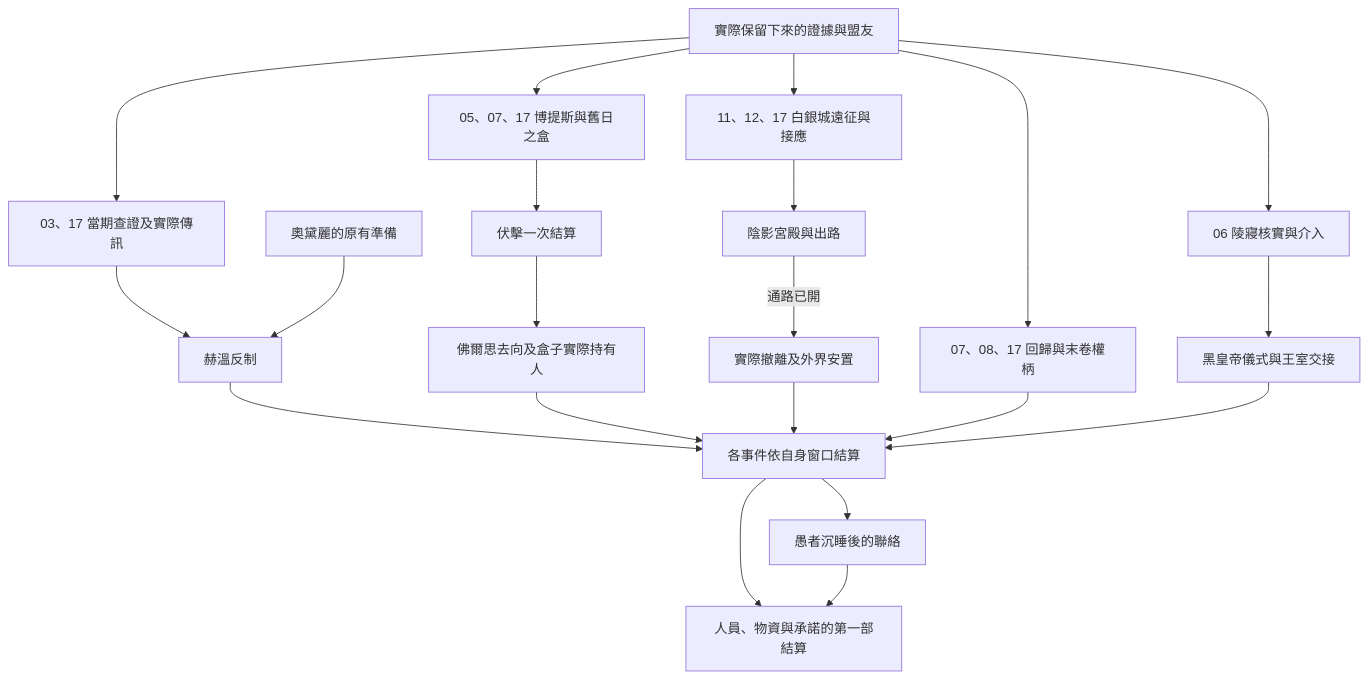
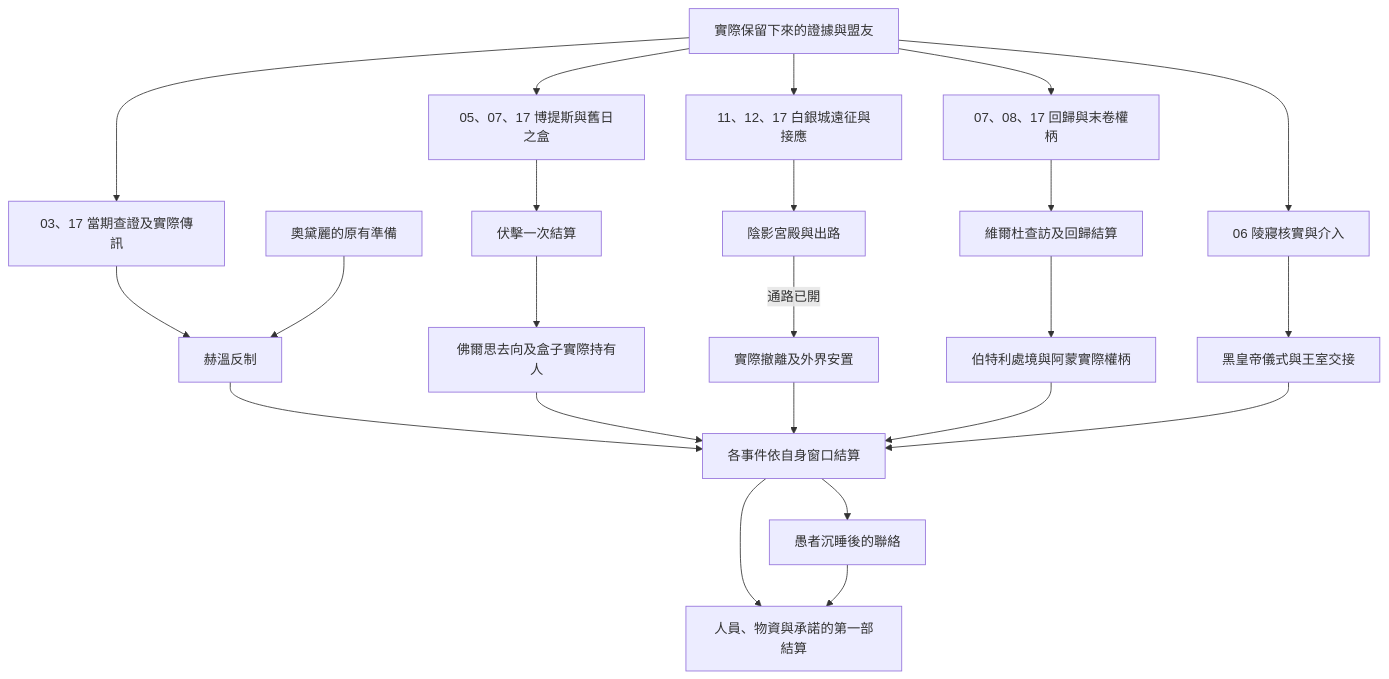
The sixth of 7 diagrams in game/events/part_one_story_tree.md (dragon961204-cmd/-), drawn with Mermaid before and after one commit. The commit also changed other lines of this file, not shown here.

Commit message:
第二十六批伯特利回歸與阿蒙介入 part_one_story_tree.md

````diff
--- a/game/events/part_one_story_tree.md
+++ b/game/events/part_one_story_tree.md
@@ -136,23 +136,25 @@
 ```mermaid
 flowchart TD
     A["實際保留下來的證據與盟友"] --> L["03、17 當期查證及實際傳訊"]
     L --> B["赫溫反制"]
     M["奧黛麗的原有準備"] --> B
     A --> C["05、07、17 博提斯與舊日之盒"]
     A --> D["11、12、17 白銀城遠征與接應"]
     A --> E["07、08、17 回歸與末卷權柄"]
+    E --> R["維爾杜查訪及回歸結算"]
+    R --> S["伯特利處境與阿蒙實際權柄"]
     B --> F["各事件依自身窗口結算"]
     C --> N["伏擊一次結算"]
     N --> O["佛爾思去向及盒子實際持有人"]
     O --> F
     D --> P["陰影宮殿與出路"]
     P -->|"通路已開"| Q["實際撤離及外界安置"]
     Q --> F
-    E --> F
+    S --> F
     A --> J["06 陵寢核實與介入"]
     J --> K["黑皇帝儀式與王室交接"]
     K --> F
     F --> G["愚者沉睡後的聯絡"]
     F --> H["人員、物資與承諾的第一部結算"]
     G --> H
 ```
````
